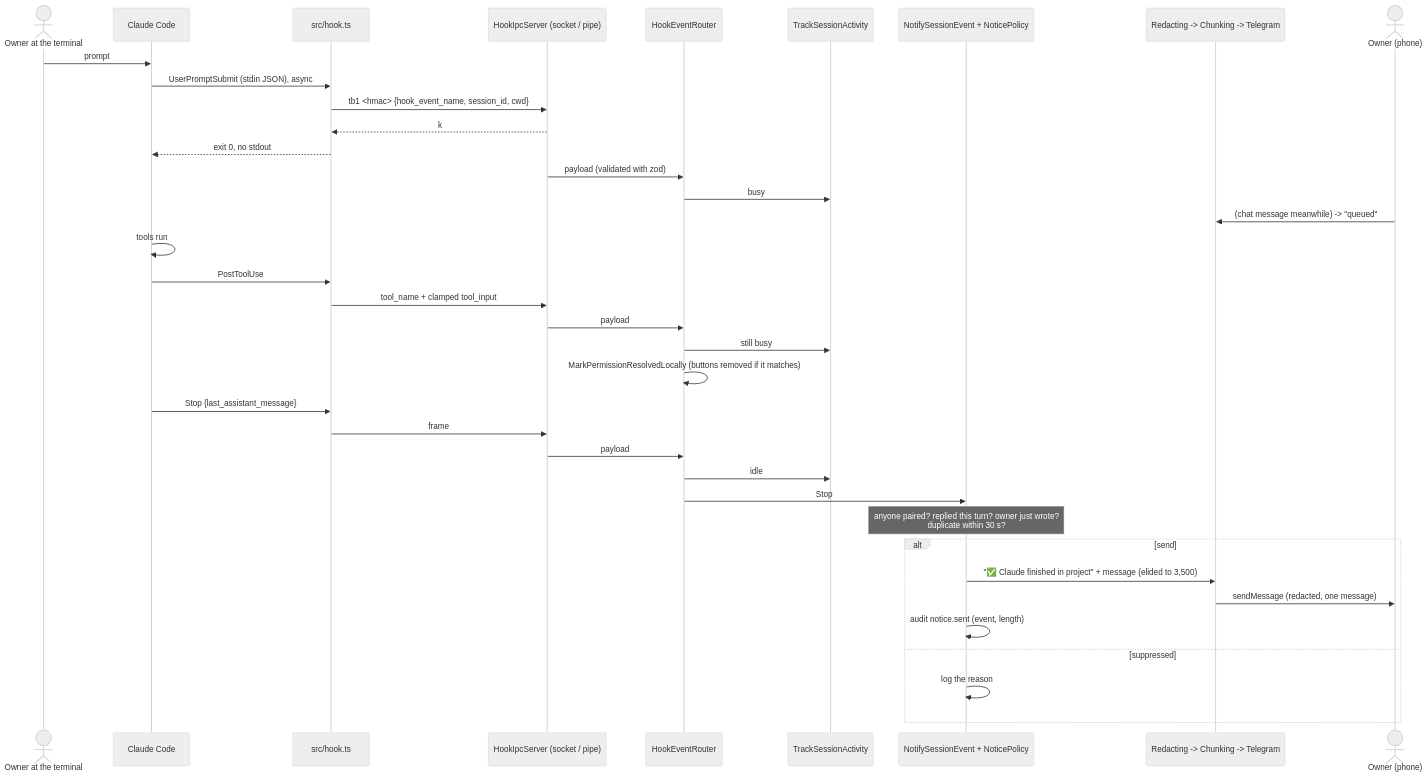
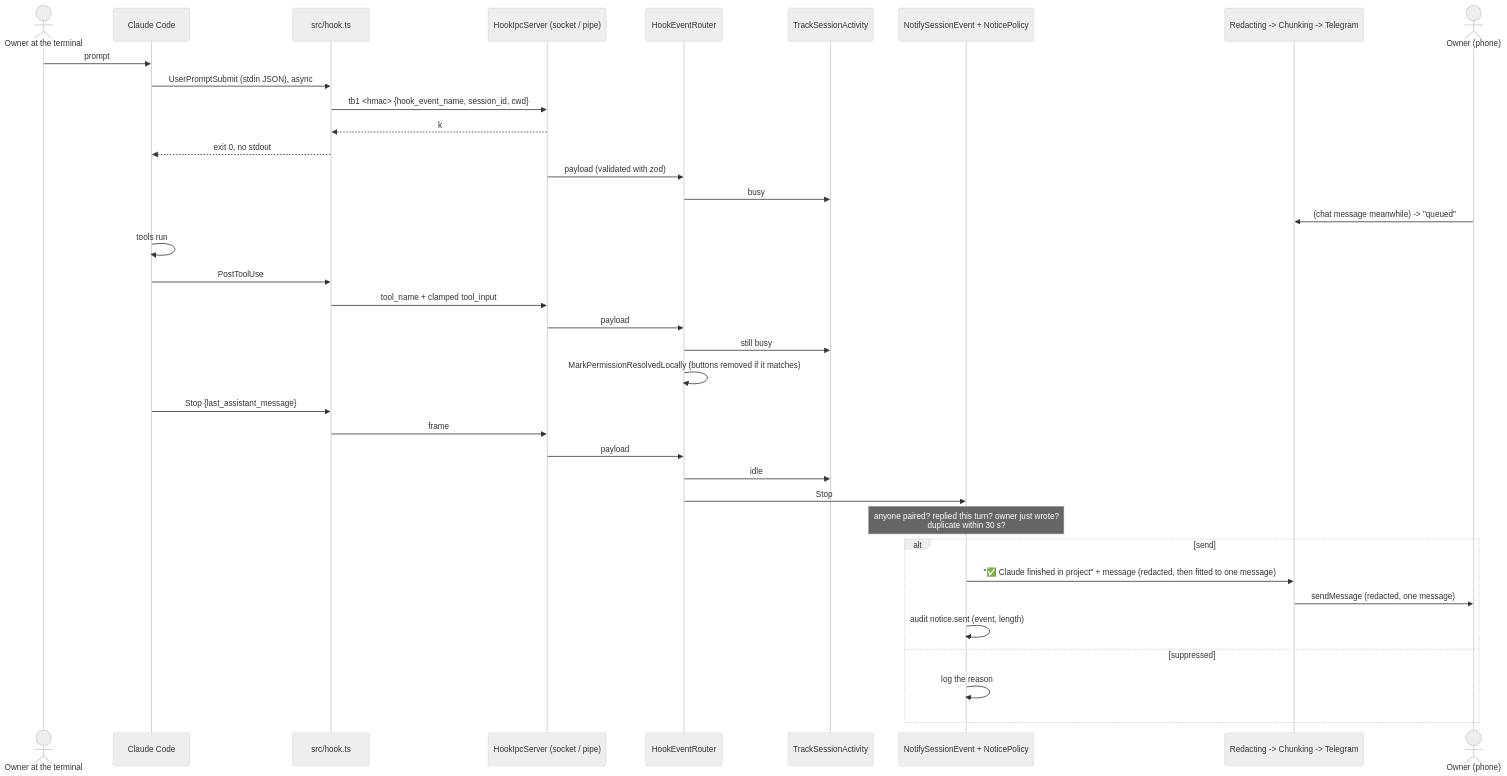
Before and after one commit to santyxswc/Claude-Remote-Control: the diagram in docs/flows/F4.md, drawn with Mermaid (neutral theme). The commit also changed other lines of this file and 83 other files, not shown here.

````diff
--- a/docs/flows/F4.md
+++ b/docs/flows/F4.md
@@ -173,40 +175,40 @@
 ```mermaid
 sequenceDiagram
     actor T as Owner at the terminal
     participant CC as Claude Code
     participant H as src/hook.ts
     participant IPC as HookIpcServer (socket / pipe)
     participant R as HookEventRouter
     participant A as TrackSessionActivity
     participant N as NotifySessionEvent + NoticePolicy
     participant OUT as Redacting -> Chunking -> Telegram
     actor P as Owner (phone)
 
     T->>CC: prompt
     CC->>H: UserPromptSubmit (stdin JSON), async
     H->>IPC: tb1 <hmac> {hook_event_name, session_id, cwd}
     IPC-->>H: k
     H-->>CC: exit 0, no stdout
     IPC->>R: payload (validated with zod)
     R->>A: busy
     P->>OUT: (chat message meanwhile) -> "queued"
     CC->>CC: tools run
     CC->>H: PostToolUse
     H->>IPC: tool_name + clamped tool_input
     IPC->>R: payload
     R->>A: still busy
     R->>R: MarkPermissionResolvedLocally (buttons removed if it matches)
     CC->>H: Stop {last_assistant_message}
     H->>IPC: frame
     IPC->>R: payload
     R->>A: idle
     R->>N: Stop
     Note over N: anyone paired? replied this turn? owner just wrote?<br/>duplicate within 30 s?
     alt send
-        N->>OUT: "✅ Claude finished in project" + message (elided to 3,500)
+        N->>OUT: "✅ Claude finished in project" + message (redacted, then fitted to one message)
         OUT->>P: sendMessage (redacted, one message)
         N->>N: audit notice.sent (event, length)
     else suppressed
         N->>N: log the reason
     end
 ```
````
